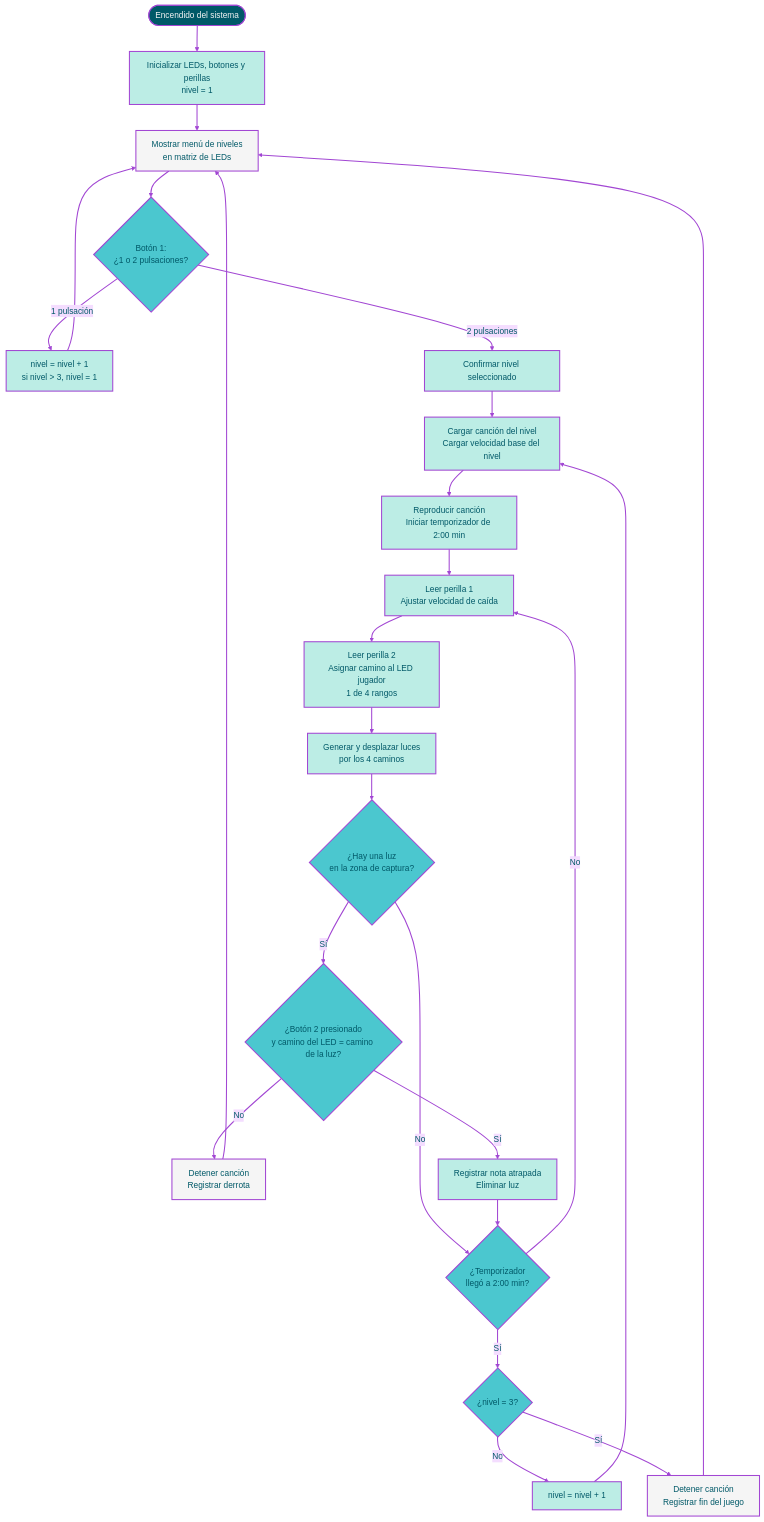
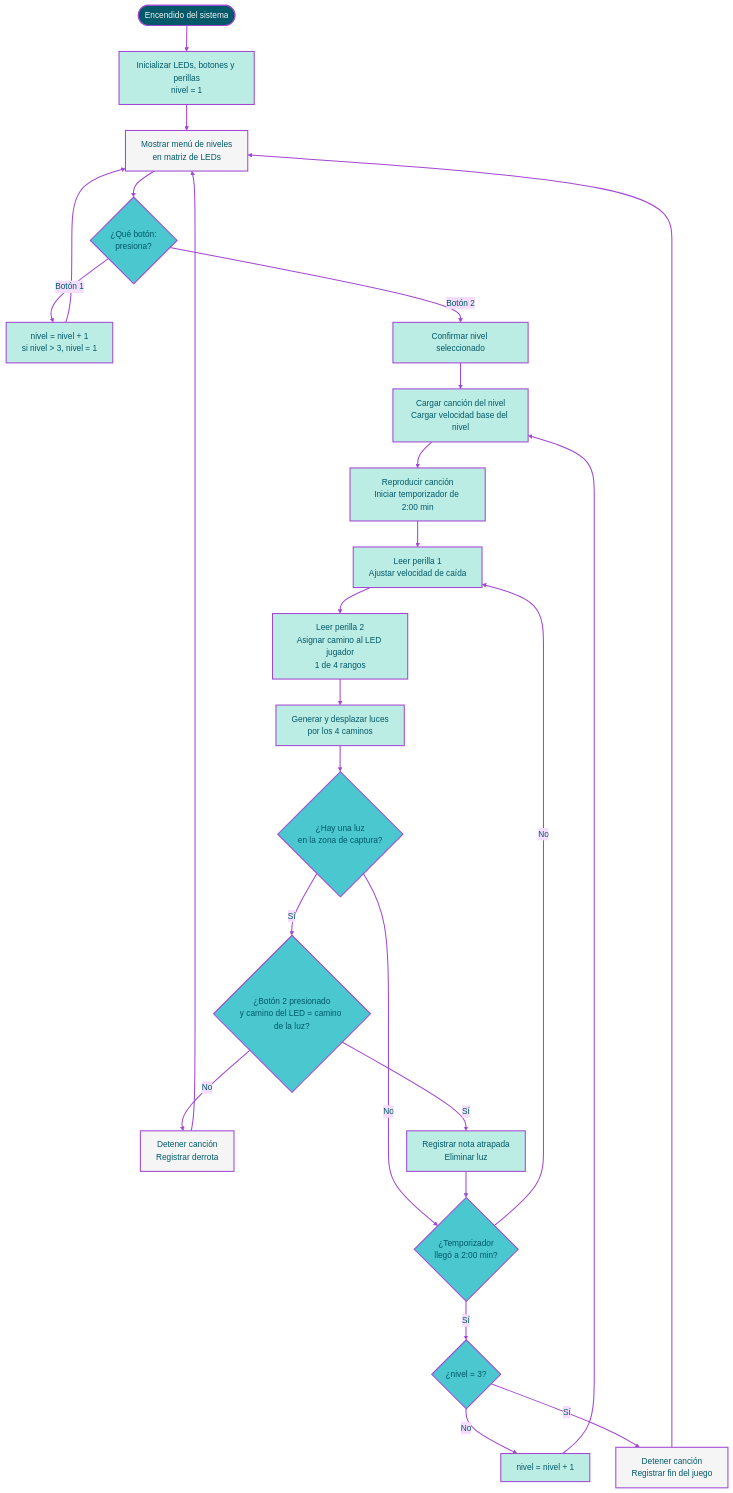
The second of 4 diagrams in 00-proyecto-2/grupo-05/README.md (Anaisbmg/dis8645-2026-2-procesos-2), drawn with Mermaid before and after one commit.

Commit message:
arreglo diagrama maq

````diff
--- a/00-proyecto-2/grupo-05/README.md
+++ b/00-proyecto-2/grupo-05/README.md
@@ -116,46 +116,46 @@
 ```mermaid
 %%{init: {'theme':'base','themeVariables':{'fontFamily':'Arial','lineColor':'#A247D3','primaryTextColor':'#005968'}}}%%
 flowchart TD
     A([Encendido del sistema]) --> B["Inicializar LEDs, botones y perillas<br/>nivel = 1"]
     B --> C["Mostrar menú de niveles<br/>en matriz de LEDs"]
 
-    C --> D{"Botón 1:<br/>¿1 o 2 pulsaciones?"}
-    D -- 1 pulsación --> E["nivel = nivel + 1<br/>si nivel > 3, nivel = 1"]
+    C --> D{"¿Qué botón:<br/>presiona?"}
+    D -- Botón 1 --> E["nivel = nivel + 1<br/>si nivel > 3, nivel = 1"]
     E --> C
-    D -- 2 pulsaciones --> F["Confirmar nivel seleccionado"]
+    D -- Botón 2 --> F["Confirmar nivel seleccionado"]
 
     F --> G["Cargar canción del nivel<br/>Cargar velocidad base del nivel"]
     G --> H["Reproducir canción<br/>Iniciar temporizador de 2:00 min"]
 
     H --> I["Leer perilla 1<br/>Ajustar velocidad de caída"]
     I --> J["Leer perilla 2<br/>Asignar camino al LED jugador<br/>1 de 4 rangos"]
     J --> K["Generar y desplazar luces<br/>por los 4 caminos"]
 
     K --> L{"¿Hay una luz<br/>en la zona de captura?"}
     L -- No --> R
     L -- Sí --> M{"¿Botón 2 presionado<br/>y camino del LED = camino de la luz?"}
     M -- No --> N["Detener canción<br/>Registrar derrota"]
     N --> C
     M -- Sí --> O["Registrar nota atrapada<br/>Eliminar luz"]
     O --> R
 
     R{"¿Temporizador<br/>llegó a 2:00 min?"}
     R -- No --> I
     R -- Sí --> S{"¿nivel = 3?"}
     S -- No --> T["nivel = nivel + 1"]
     T --> G
     S -- Sí --> U["Detener canción<br/>Registrar fin del juego"]
     U --> C
 
     classDef inicio fill:#005968,stroke:#A247D3,stroke-width:2px,color:#F5F5F5;
     classDef decision fill:#4BC7CF,stroke:#A247D3,stroke-width:2px,color:#005968;
     classDef proceso fill:#BCEDE5,stroke:#A247D3,stroke-width:2px,color:#005968;
     classDef menu fill:#F5F5F5,stroke:#A247D3,stroke-width:2px,color:#005968;
 
     class A inicio;
     class D,L,M,R,S decision;
     class B,E,F,G,H,I,J,K,O,T proceso;
     class C,N,U menu;
 
     linkStyle default stroke:#A247D3,stroke-width:2px;
 ```
````
